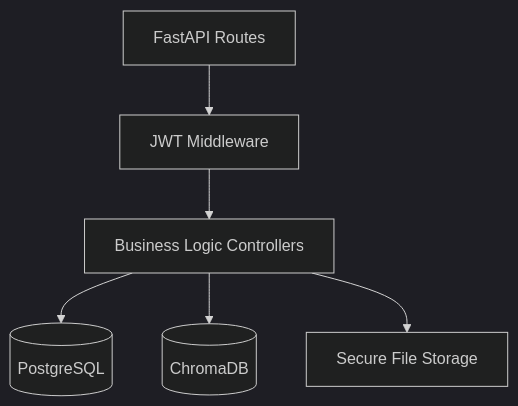
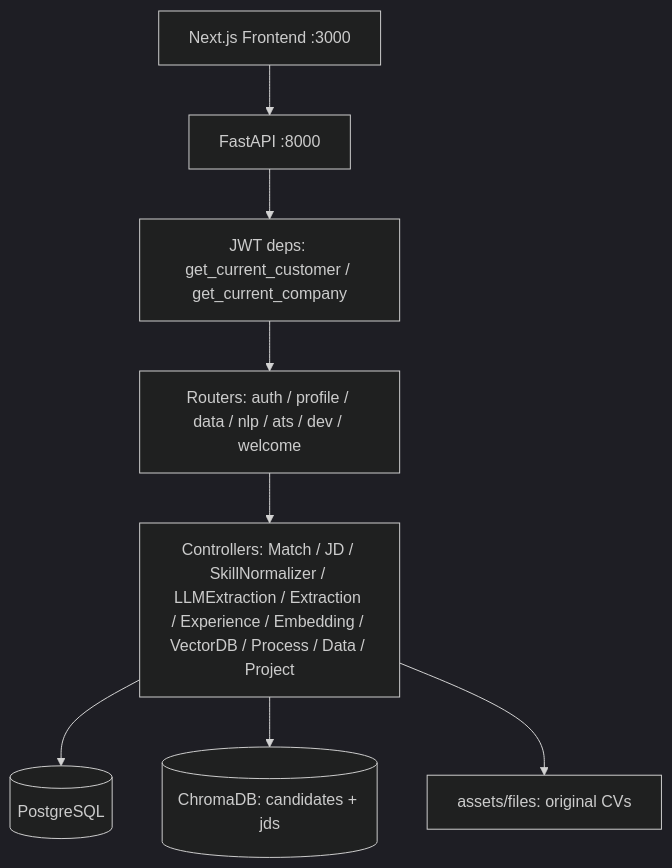
Before and after one commit to YousefOsama20/AI-Powered-Resume: the diagram in README.md, drawn with Mermaid (dark theme). The commit also changed other lines of this file and 29 other files, not shown here.

Commit message:
update controllers and database schemas with company profile and skill normalization features

````diff
--- a/README.md
+++ b/README.md
@@ -41,8 +46,10 @@
 ```mermaid
 flowchart TD
-    API[FastAPI Routes] --> Auth[JWT Middleware]
-    Auth --> Controllers[Business Logic Controllers]
-    Controllers --> Postgres[(PostgreSQL)]
-    Controllers --> VectorDB[(ChromaDB)]
-    Controllers --> FileSys[Secure File Storage]
+    FE[Next.js Frontend :3000] --> API[FastAPI :8000]
+    API --> Auth[JWT deps: get_current_customer / get_current_company]
+    Auth --> Routes[Routers: auth / profile / data / nlp / ats / dev / welcome]
+    Routes --> Ctrl[Controllers: Match / JD / SkillNormalizer / LLMExtraction / Extraction / Experience / Embedding / VectorDB / Process / Data / Project]
+    Ctrl --> PG[(PostgreSQL)]
+    Ctrl --> Chroma[(ChromaDB: candidates + jds)]
+    Ctrl --> FS[assets/files: original CVs]
 ```
````
